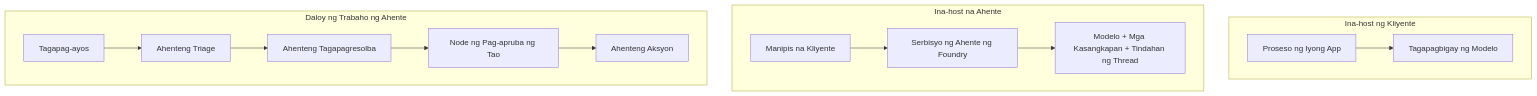
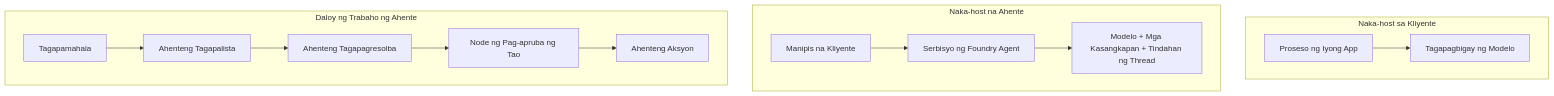
Before and after one commit to gabrielmoreira/agent-skills-mirror: the first of 4 diagrams in mirrors/repos/microsoft@ai-agents-for-beginners/translations/tl/16-deploying-scalable-agents/README.md, drawn with Mermaid. The commit also changed other lines of this file and 3581 other files, not shown here.

````diff
--- a/mirrors/repos/microsoft@ai-agents-for-beginners/translations/tl/16-deploying-scalable-agents/README.md
+++ b/mirrors/repos/microsoft@ai-agents-for-beginners/translations/tl/16-deploying-scalable-agents/README.md
@@ -87,16 +87,16 @@
 ```mermaid
 flowchart TB
-    subgraph P1[Ina-host ng Kliyente]
+    subgraph P1[Naka-host sa Kliyente]
         A1[Proseso ng Iyong App] --> M1[Tagapagbigay ng Modelo]
     end
-    subgraph P2[Ina-host na Ahente]
-        A2[Manipis na Kliyente] --> F2[Serbisyo ng Ahente ng Foundry]
+    subgraph P2[Naka-host na Ahente]
+        A2[Manipis na Kliyente] --> F2[Serbisyo ng Foundry Agent]
         F2 --> M2[Modelo + Mga Kasangkapan + Tindahan ng Thread]
     end
     subgraph P3[Daloy ng Trabaho ng Ahente]
-        A3[Tagapag-ayos] --> S1[Ahenteng Triage]
+        A3[Tagapamahala] --> S1[Ahenteng Tagapalista]
         S1 --> S2[Ahenteng Tagapagresolba]
         S2 --> H[Node ng Pag-apruba ng Tao]
         H --> S3[Ahenteng Aksyon]
     end
 ```
````
